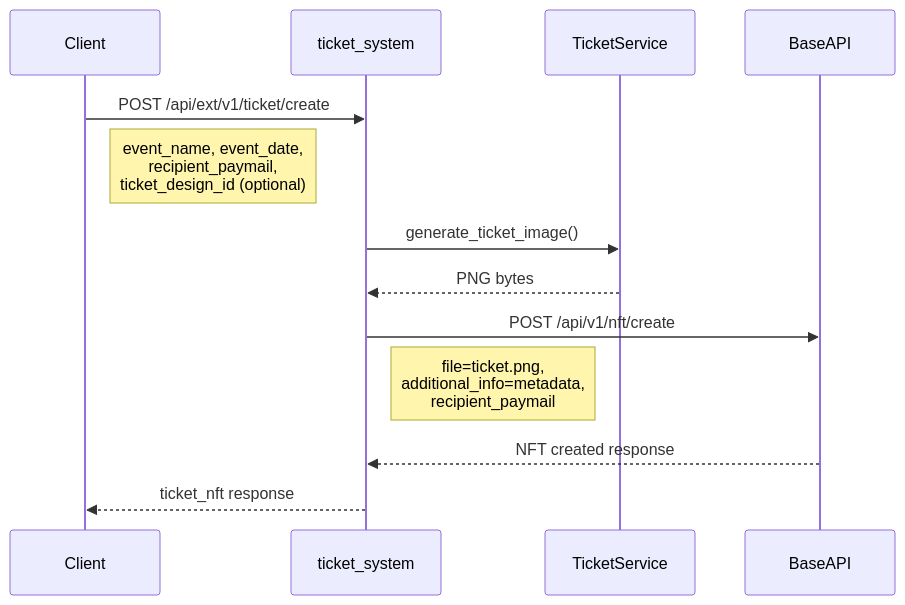
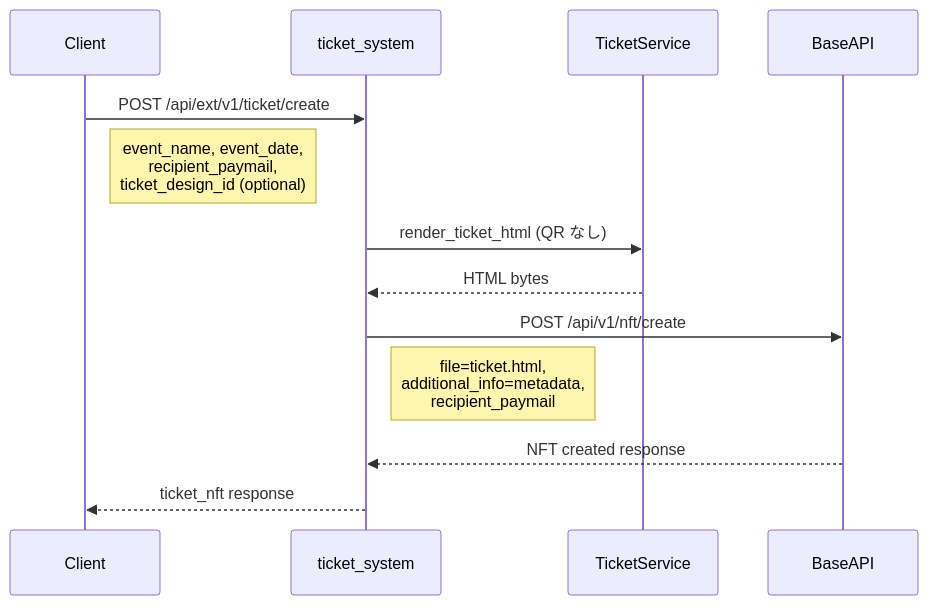
Before and after one commit to voyager1708/ticketsystem: the diagram in documents/021_ticket_create_api_spec.md, drawn with Mermaid. The commit also changed other lines of this file and 26 other files, not shown here.

````diff
--- a/documents/021_ticket_create_api_spec.md
+++ b/documents/021_ticket_create_api_spec.md
@@ -47,19 +47,19 @@
 ```mermaid
 sequenceDiagram
     participant Client
     participant TicketSystem as ticket_system
     participant TicketService
     participant BaseAPI
 
     Client->>TicketSystem: POST /api/ext/v1/ticket/create
     Note right of Client: event_name, event_date,<br/>recipient_paymail,<br/>ticket_design_id (optional)
     
-    TicketSystem->>TicketService: generate_ticket_image()
-    TicketService-->>TicketSystem: PNG bytes
+    TicketSystem->>TicketService: render_ticket_html (QR なし)
+    TicketService-->>TicketSystem: HTML bytes
     
     TicketSystem->>BaseAPI: POST /api/v1/nft/create
-    Note right of TicketSystem: file=ticket.png,<br/>additional_info=metadata,<br/>recipient_paymail
+    Note right of TicketSystem: file=ticket.html,<br/>additional_info=metadata,<br/>recipient_paymail
     
     BaseAPI-->>TicketSystem: NFT created response
     TicketSystem-->>Client: ticket_nft response
 ```
````
